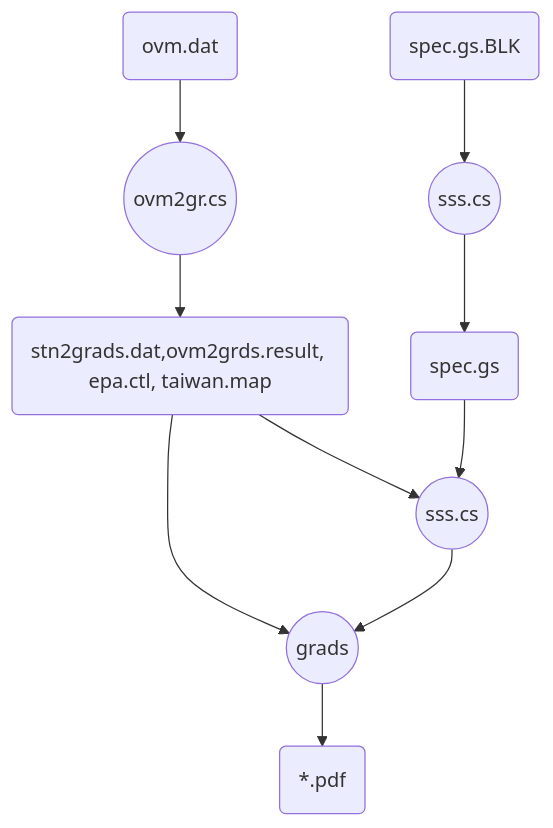
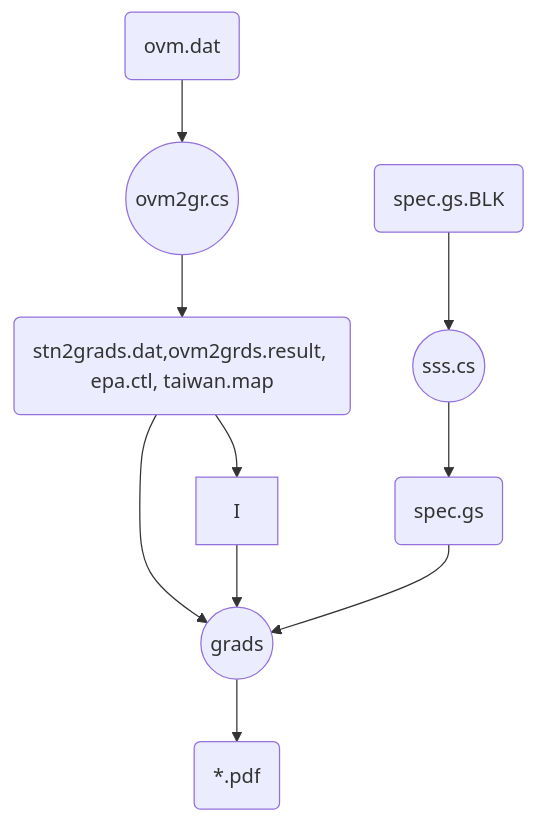
The first of 3 diagrams in _posts/2022-07-21-ovm2grads.md (sinotec2/FAQ), drawn with Mermaid before and after one commit.

````diff
--- a/_posts/2022-07-21-ovm2grads.md
+++ b/_posts/2022-07-21-ovm2grads.md
@@ -23,12 +23,12 @@
 ```mermaid
 graph TD
     A(ovm.dat) --> G((ovm2gr.cs))
     G --> B(stn2grads.dat,ovm2grds.result, epa.ctl, taiwan.map)
     D(spec.gs.BLK) --> H((sss.cs))
     H --> C(spec.gs)
     B --> E((grads))
-    C --> I((sss.cs))
+    C --> E
     B --> I
     I --> E
     E --> F(*.pdf)
 ```
````
